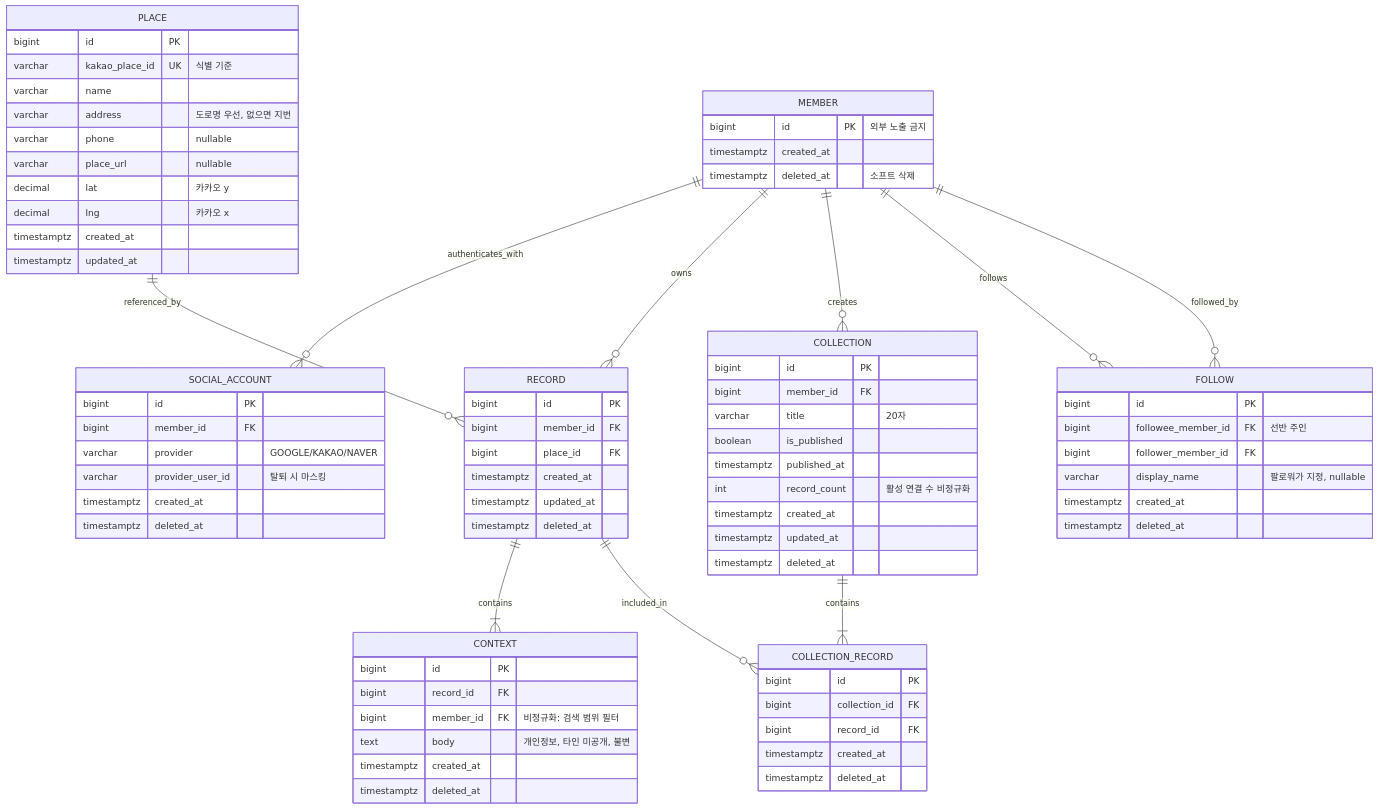
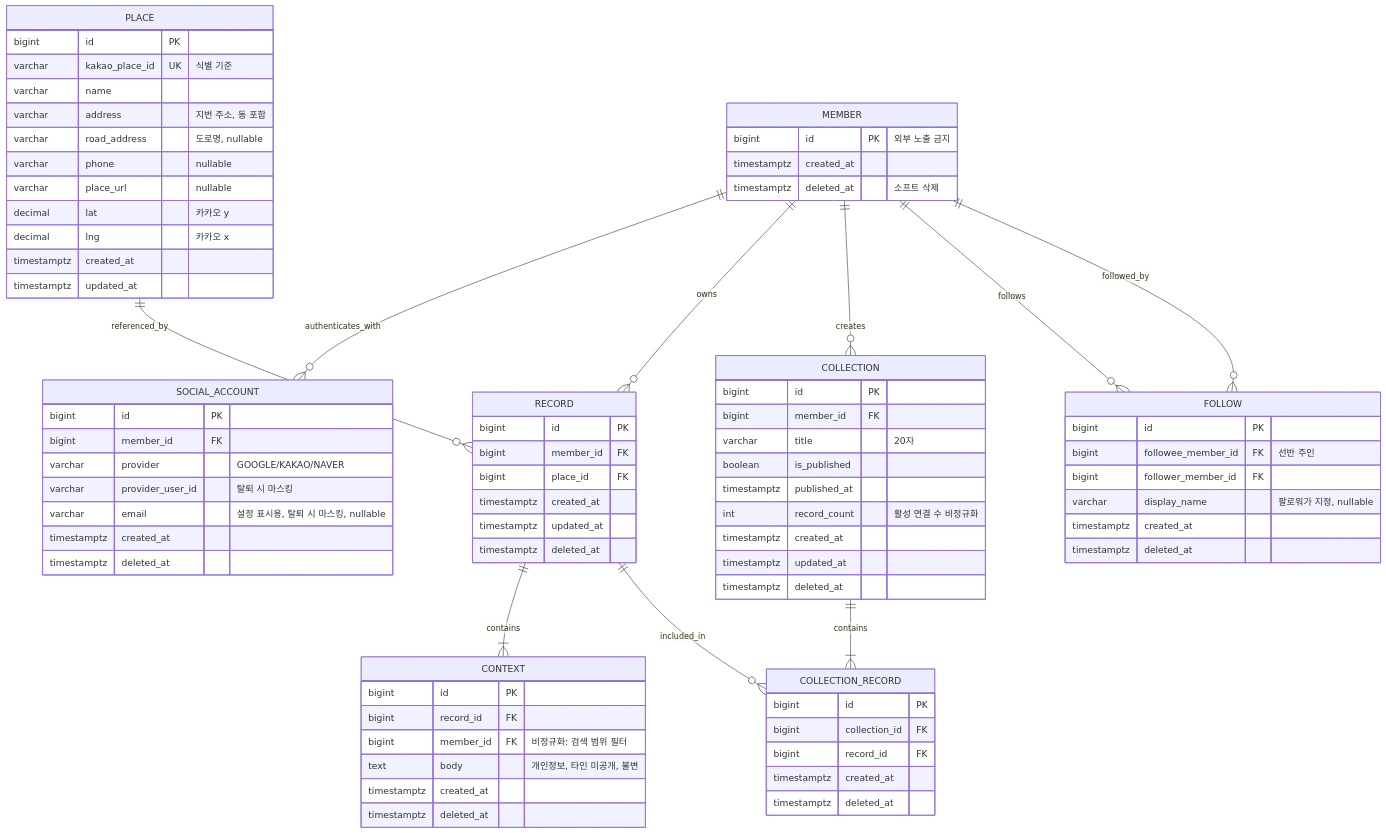
The first of 2 diagrams in draft/07_ERD.md (Team-PinLog/docs), drawn with Mermaid before and after one commit. The commit also changed other lines of this file and 4 other files, not shown here.

```diff
--- a/draft/07_ERD.md
+++ b/draft/07_ERD.md
@@ -29,6 +29,7 @@
         bigint member_id FK
         varchar provider "GOOGLE/KAKAO/NAVER"
         varchar provider_user_id "탈퇴 시 마스킹"
+        varchar email "설정 표시용, 탈퇴 시 마스킹, nullable"
         timestamptz created_at
         timestamptz deleted_at
     }
@@ -37,7 +38,8 @@
         bigint id PK
         varchar kakao_place_id UK "식별 기준"
         varchar name
-        varchar address "도로명 우선, 없으면 지번"
+        varchar address "지번 주소, 동 포함"
+        varchar road_address "도로명, nullable"
         varchar phone "nullable"
         varchar place_url "nullable"
         decimal lat "카카오 y"
```
